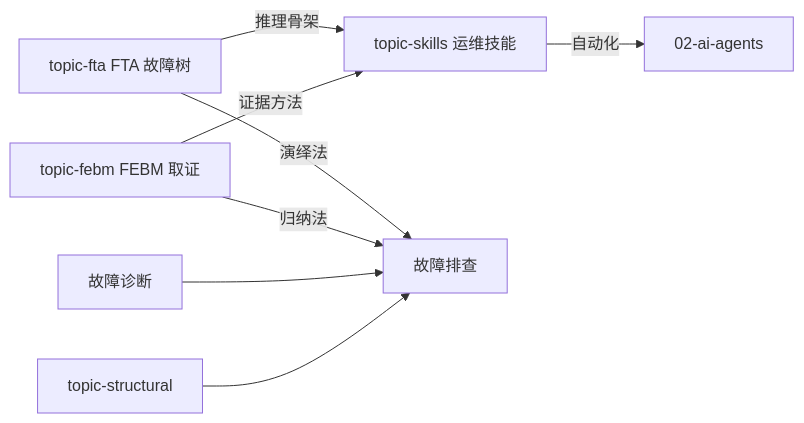
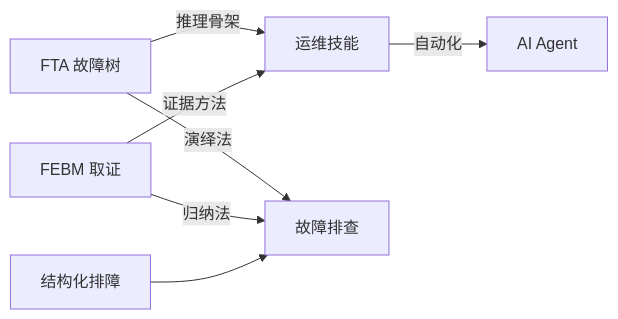
Before and after one commit to kudig-io/kudig-database: the second of 3 diagrams in 元数据/metadata/knowledge-map.md, drawn with Mermaid. The commit also changed other lines of this file and 198 other files, not shown here.

````diff
--- a/元数据/metadata/knowledge-map.md
+++ b/元数据/metadata/knowledge-map.md
@@ -78,10 +64,9 @@
 ```mermaid
 graph LR
-    FTA[topic-fta FTA 故障树] --> |推理骨架| SKILLS[topic-skills 运维技能]
-    FEBM[topic-febm FEBM 取证] --> |证据方法| SKILLS
+    FTA[FTA 故障树] --> |推理骨架| SKILLS[运维技能]
+    FEBM[FEBM 取证] --> |证据方法| SKILLS
     FTA --> |演绎法| TS[故障排查]
     FEBM --> |归纳法| TS
-    TS12[故障诊断] --> TS
-    STS[topic-structural] --> TS
-    SKILLS --> |自动化| AGENT[02-ai-agents]
+    STS[结构化排障] --> TS
+    SKILLS --> |自动化| AGENT[AI Agent]
 ```
````
